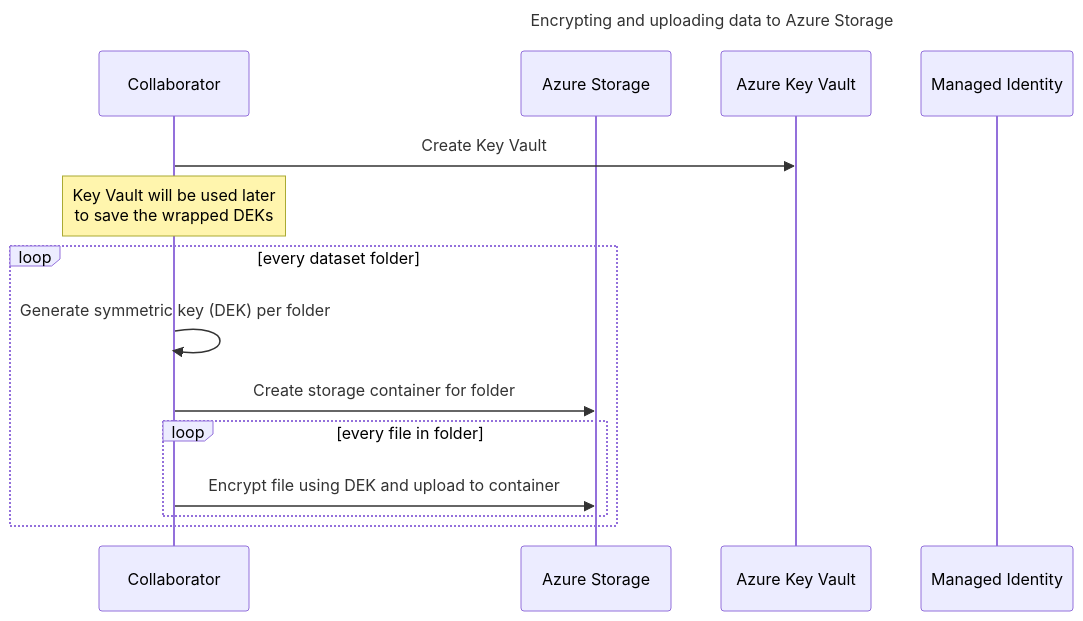
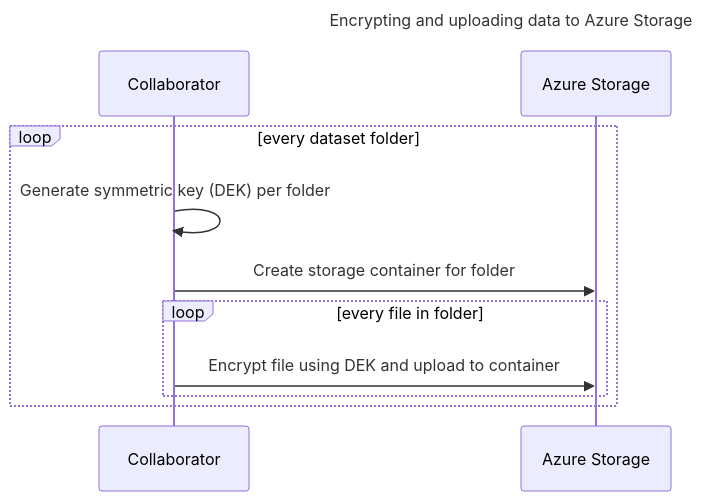
Before and after one commit to hprabh/azure-cleanroom-samples: the third of 5 diagrams in README.md, drawn with Mermaid. The commit also changed other lines of this file and 20 other files, not shown here.

````diff
--- a/README.md
+++ b/README.md
@@ -361,18 +290,14 @@
 ```mermaid
 sequenceDiagram
     title Encrypting and uploading data to Azure Storage
     participant m1 as Collaborator
     participant storage as Azure Storage
-    participant akv as Azure Key Vault
-    participant mi as Managed Identity
 
-    m1->>akv: Create Key Vault
-    Note over m1: Key Vault will be used later <br>to save the wrapped DEKs
     loop every dataset folder
         m1->>m1: Generate symmetric key (DEK) per folder
         m1->>storage: Create storage container for folder
         loop every file in folder
             m1->>storage: Encrypt file using DEK and upload to container
         end
     end
 ```
````
